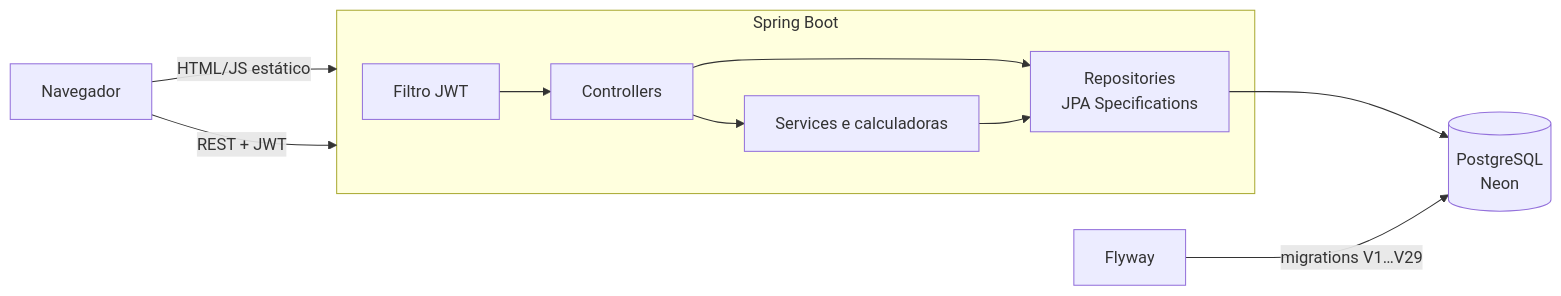
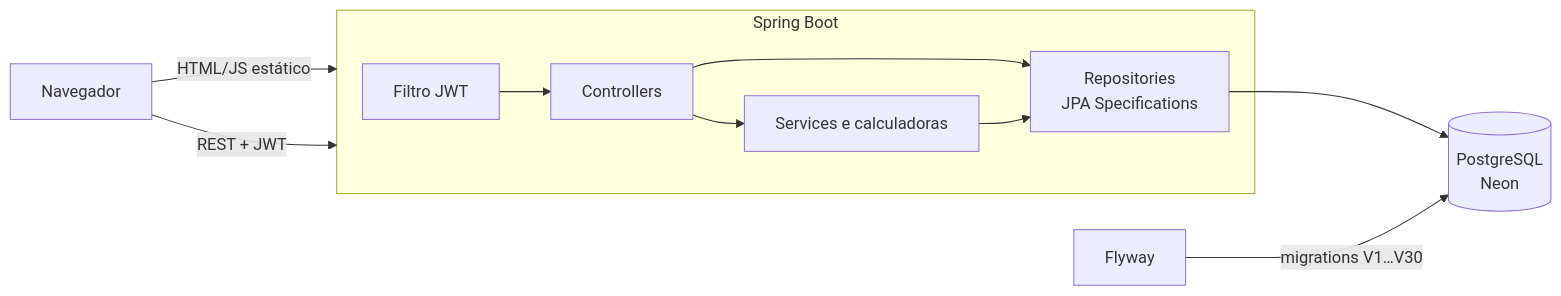
The first of 3 diagrams in README.md (gustavoromanno/concursos-platform), drawn with Mermaid before and after one commit. The commit also changed other lines of this file and 13 other files, not shown here.

````diff
--- a/README.md
+++ b/README.md
@@ -115,13 +118,13 @@
 ```mermaid
 flowchart LR
     U[Navegador] -->|HTML/JS estático| S
     U -->|REST + JWT| S
     subgraph S[Spring Boot]
         F[Filtro JWT] --> C[Controllers]
         C --> SV[Services e calculadoras]
         C --> R[Repositories<br/>JPA Specifications]
         SV --> R
     end
     R --> DB[(PostgreSQL<br/>Neon)]
-    FW[Flyway] -->|migrations V1…V29| DB
+    FW[Flyway] -->|migrations V1…V30| DB
 ```
````
